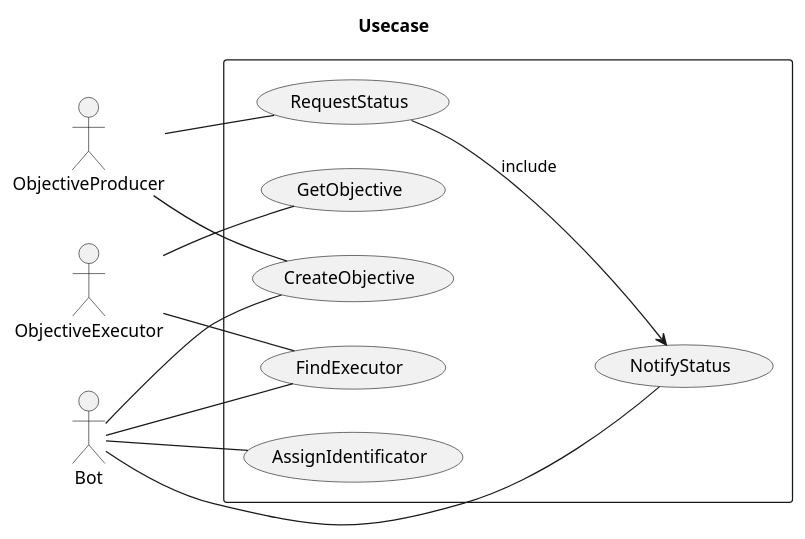
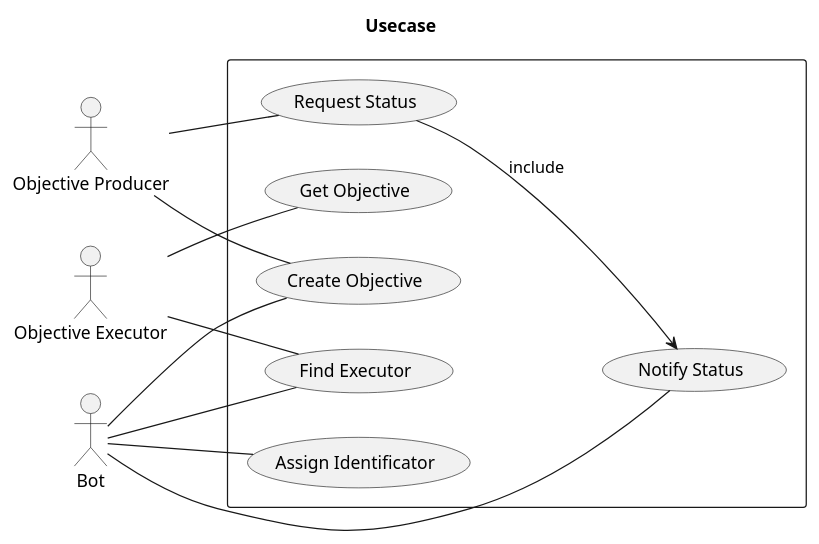
The diagram in Doc/puml.src/UseCase.puml (Plasmat1x/PaulBot), drawn with PlantUML before and after one commit.

Commit message:
Adjust namings in UseCase.puml

```diff
--- a/Doc/puml.src/UseCase.puml
+++ b/Doc/puml.src/UseCase.puml
@@ -1,28 +1,28 @@
 @startuml UseCase
     Title Usecase
     left to right direction
 
-    actor ObjectiveProducer
-    actor ObjectiveExecutor
+    actor "Objective Producer" as ObjectiveProducer
+    actor "Objective Executor" as ObjectiveExecutor
     actor Bot
     
     rectangle {
-        usecase FindExecutor
-        usecase CreateObjective
-        usecase AssignIdentificator
-        usecase RequestStatus
-        usecase GetObjective
-        usecase NotifyStatus
+        usecase "Find Executor" as FindExecutor
+        usecase "Create Objective" as CreateObjective
+        usecase "Assign Identificator" as AssignIdentificator
+        usecase "Request Status" as RequestStatus
+        usecase "Get Objective" as GetObjective
+        usecase "Notify Status" as NotifyStatus
     }
 
     ObjectiveProducer -- CreateObjective
     Bot -- CreateObjective
     ObjectiveExecutor -- GetObjective
     Bot -- FindExecutor 
     Bot -- NotifyStatus
     ObjectiveProducer -- RequestStatus
     RequestStatus --> NotifyStatus : include
     FindExecutor -- ObjectiveExecutor
     Bot -- AssignIdentificator
 
 @endmul
```
